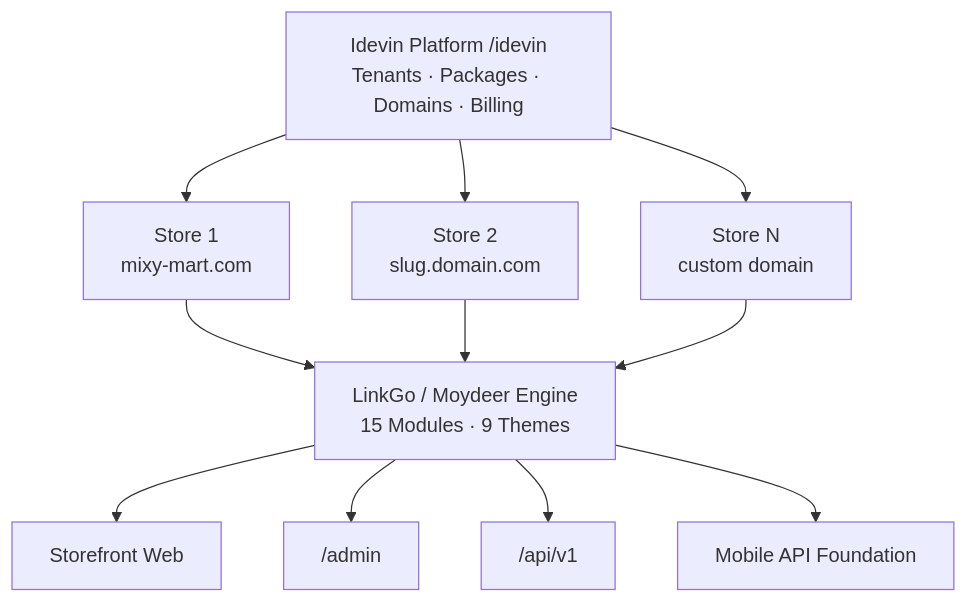
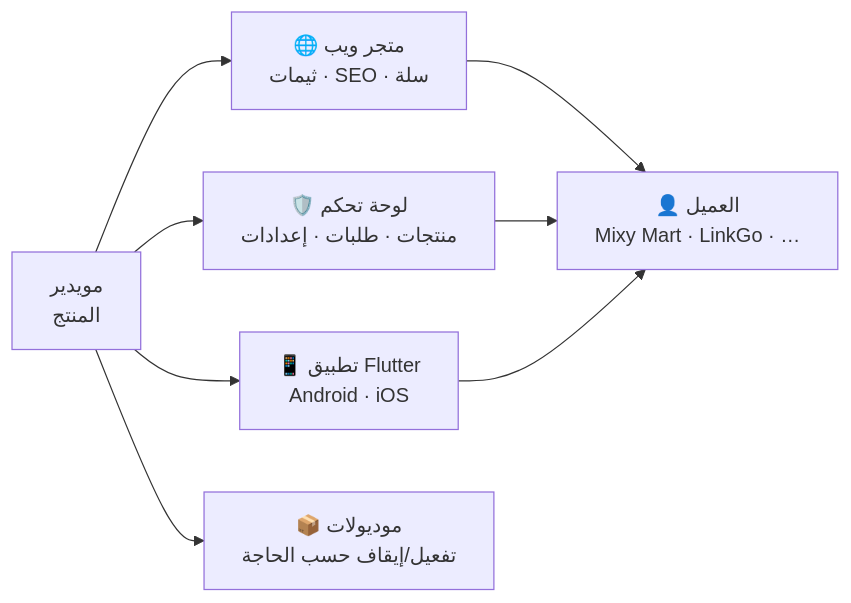
The first of 2 diagrams in README.md (nour0x/store), drawn with Mermaid before and after one commit. The commit also changed other lines of this file, not shown here.

````diff
--- a/README.md
+++ b/README.md
@@ -111,15 +113,12 @@
 ```mermaid
-flowchart TB
-    Idevin["Idevin Platform /idevin<br/>Tenants · Packages · Domains · Billing"]
-    Idevin --> T1["Store 1<br/>mixy-mart.com"]
-    Idevin --> T2["Store 2<br/>slug.domain.com"]
-    Idevin --> T3["Store N<br/>custom domain"]
-    Engine["LinkGo / Moydeer Engine<br/>15 Modules · 9 Themes"]
-    T1 --> Engine
-    T2 --> Engine
-    T3 --> Engine
-    Engine --> Web["Storefront Web"]
-    Engine --> Admin["/admin"]
-    Engine --> API["/api/v1"]
-    Engine --> Mobile["Mobile API Foundation"]
+flowchart LR
+    Product["مويدير<br/>المنتج"]
+    Product --> Web["🌐 متجر ويب<br/>ثيمات · SEO · سلة"]
+    Product --> Admin["🛡️ لوحة تحكم<br/>منتجات · طلبات · إعدادات"]
+    Product --> App["📱 تطبيق Flutter<br/>Android · iOS"]
+    Product --> Mods["📦 موديولات<br/>تفعيل/إيقاف حسب الحاجة"]
+    Client["👤 العميل<br/>Mixy Mart · LinkGo · …"]
+    Web --> Client
+    Admin --> Client
+    App --> Client
 ```
````
